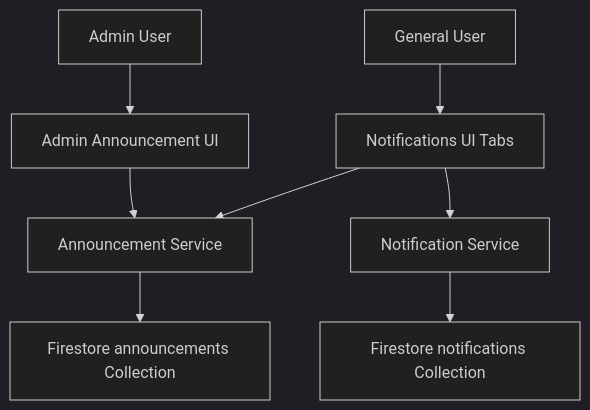
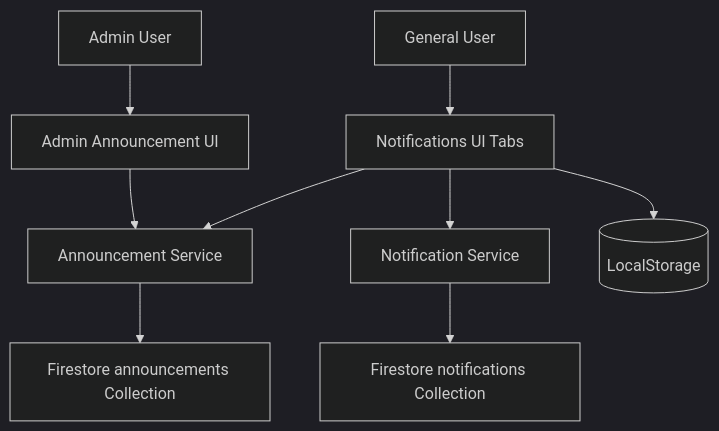
The first of 2 diagrams in .kiro/specs/quizeum-announcements/design.md (npressoworks/quizetika), drawn with Mermaid (dark theme) before and after one commit. The commit also changed other lines of this file and 181 other files, not shown here.

````diff
--- a/.kiro/specs/quizeum-announcements/design.md
+++ b/.kiro/specs/quizeum-announcements/design.md
@@ -46,11 +57,12 @@
 ```mermaid
 graph TD
     AdminUser[Admin User] --> AdminUI[Admin Announcement UI]
     AdminUI --> AnnouncementService[Announcement Service]
     AnnouncementService --> FirestoreAnnouncements[Firestore announcements Collection]
     
     GeneralUser[General User] --> NotificationsUI[Notifications UI Tabs]
     NotificationsUI --> AnnouncementService
     NotificationsUI --> NotificationService[Notification Service]
     NotificationService --> FirestoreNotifications[Firestore notifications Collection]
+    NotificationsUI --> LocalStorage[(LocalStorage)]
 ```
````
